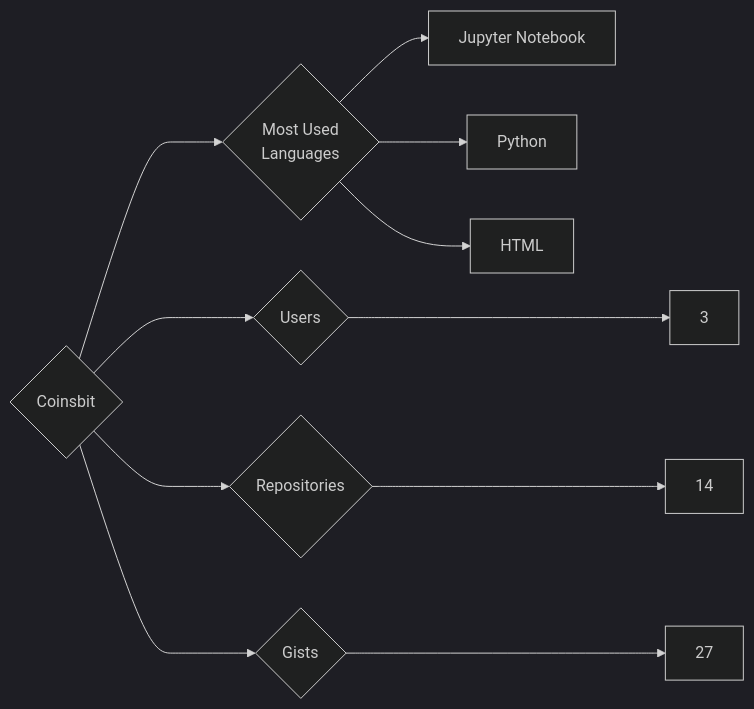
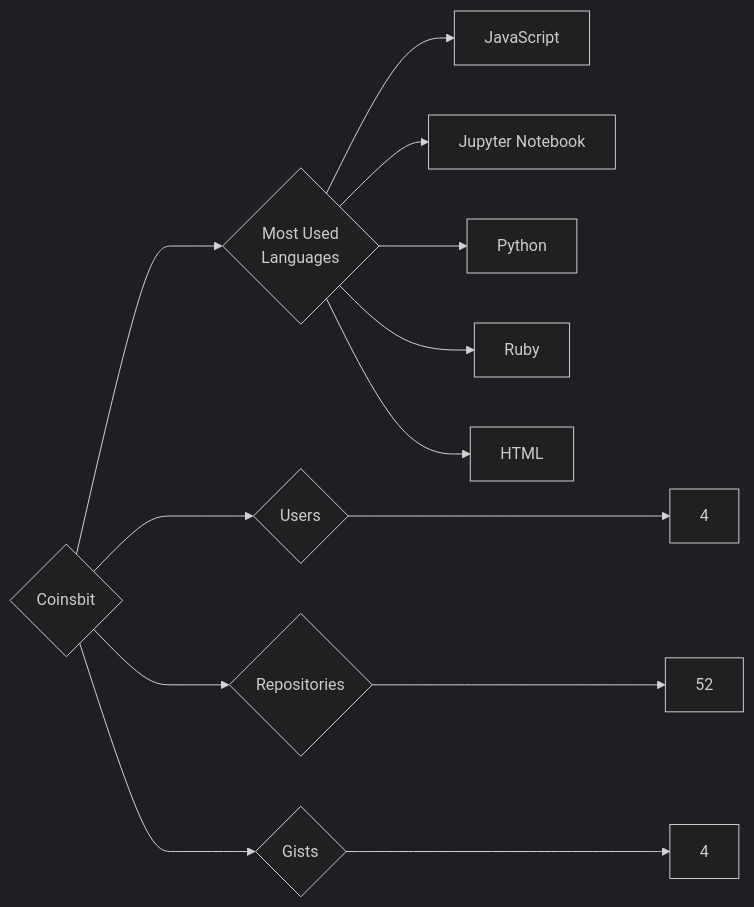
Before and after one commit to trickest/insiders: the diagram in targets/Coinsbit/README.md, drawn with Mermaid (dark theme). The commit also changed 985 other files, not shown here.

````diff
--- a/targets/Coinsbit/README.md
+++ b/targets/Coinsbit/README.md
@@ -3,11 +3,13 @@
 ```mermaid
 graph LR
 COMPANY_NAME{Coinsbit}
-COMPANY_NAME ---> U{Users} ---> UN[3]
-COMPANY_NAME ---> R{Repositories} ---> RN[14]
-COMPANY_NAME ---> G{Gists} ---> GN[27]
+COMPANY_NAME ---> U{Users} ---> UN[4]
+COMPANY_NAME ---> R{Repositories} ---> RN[52]
+COMPANY_NAME ---> G{Gists} ---> GN[4]
 COMPANY_NAME ---> ML{Most Used<br>Languages}
+ML --> JavaScript[JavaScript]
 ML --> Jupyter_Notebook[Jupyter Notebook]
 ML --> Python[Python]
+ML --> Ruby[Ruby]
 ML --> HTML[HTML]
 ```
````
